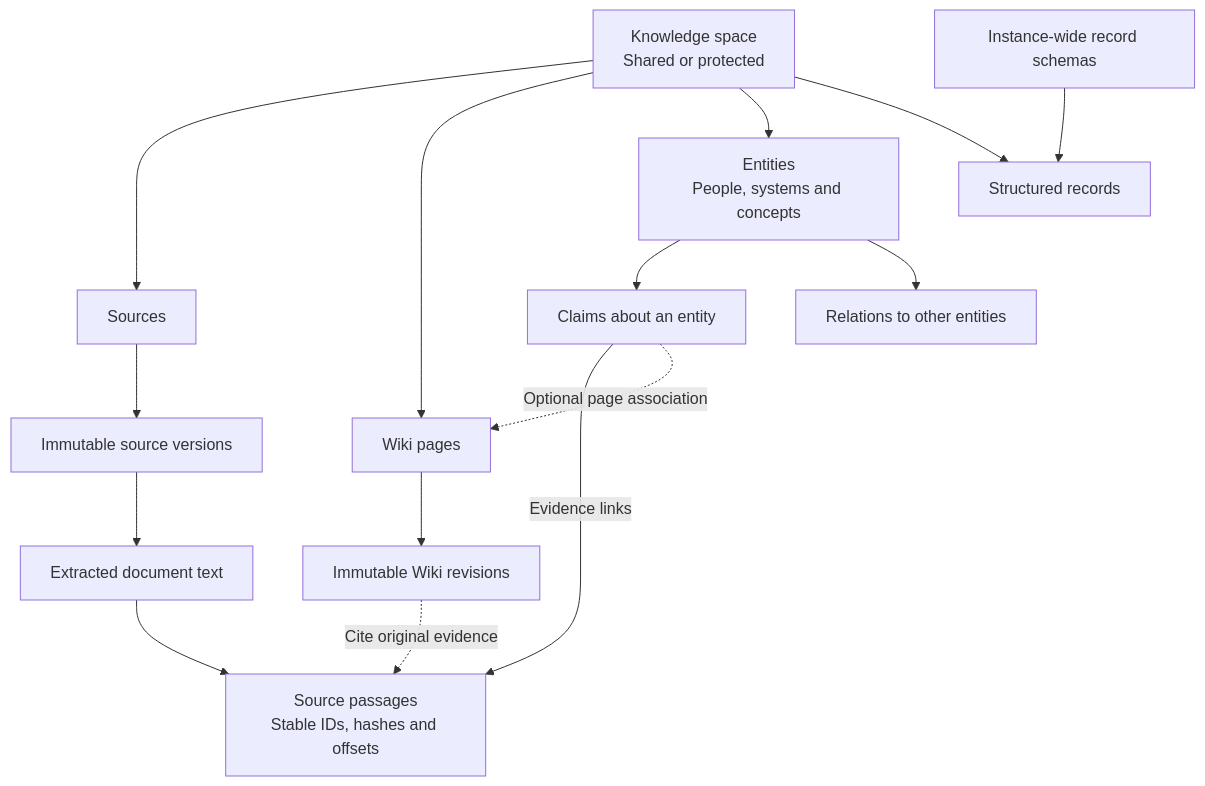
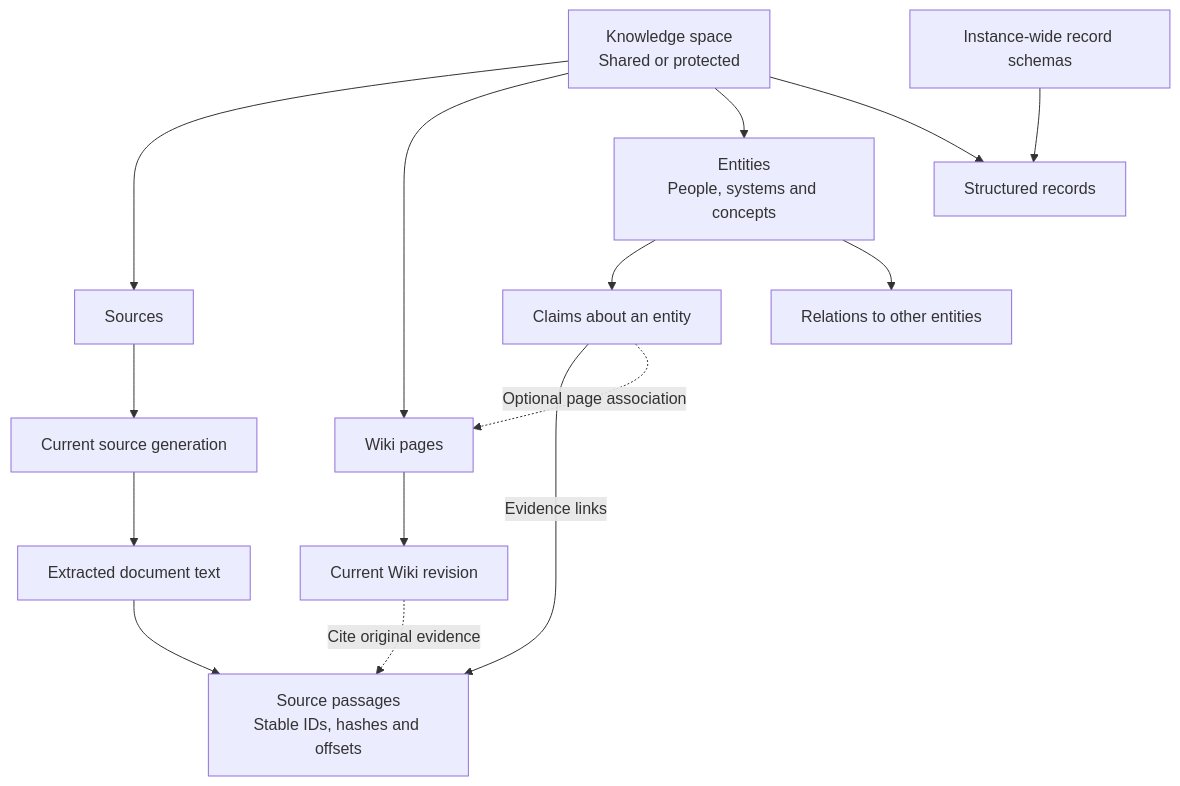
One commit to Stell0/ns8-czero changed the second of 2 diagrams in README.md. Above: the diagram before and after it, drawn with Mermaid. The commit also changed other lines of this file and 10 other files, not shown here.

````diff
--- a/README.md
+++ b/README.md
@@ -113,18 +113,18 @@
 ```mermaid
 flowchart TB
     Space["Knowledge space<br/>Shared or protected"]
     Space --> Source[Sources]
-    Source --> Version[Immutable source versions]
+    Source --> Version[Current source generation]
     Version --> Document[Extracted document text]
     Document --> Chunk["Source passages<br/>Stable IDs, hashes and offsets"]
     Space --> Page[Wiki pages]
-    Page --> Revision[Immutable Wiki revisions]
+    Page --> Revision[Current Wiki revision]
     Revision -. Cite original evidence .-> Chunk
     Space --> Entity["Entities<br/>People, systems and concepts"]
     Entity --> Claim[Claims about an entity]
     Claim -->|Evidence links| Chunk
     Claim -. Optional page association .-> Page
     Entity --> Relation[Relations to other entities]
     Space --> Record[Structured records]
     Type[Instance-wide record schemas] --> Record
 ```
````
